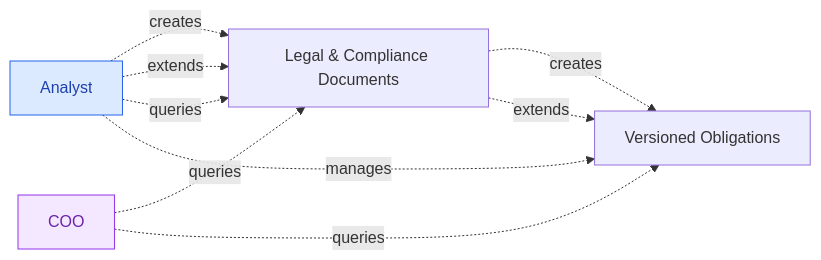
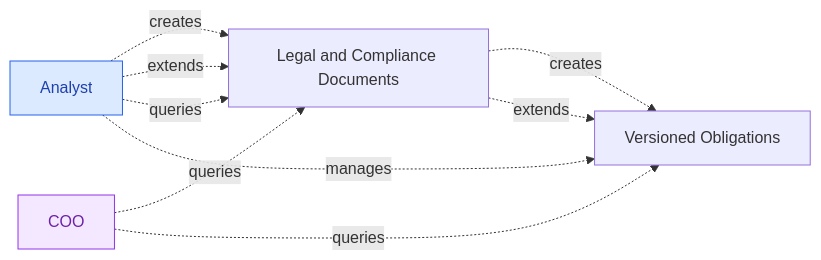
Before and after one commit to kimnewzealand/kimnewzealand.github.io: the second of 5 diagrams in astro-posts/src/content/blog/compliance-project/index.mdx, drawn with Mermaid. The commit also changed other lines of this file and 2 other files, not shown here.

Commit message:
fix: Update flowchart syntax in compliance project blog post for consistency

````diff
--- a/astro-posts/src/content/blog/compliance-project/index.mdx
+++ b/astro-posts/src/content/blog/compliance-project/index.mdx
@@ -39,20 +39,20 @@
 ```mermaid
-flowchart LR
+graph LR
     LO[Analyst]
     SH[COO]
 
-    LD[Legal & Compliance Documents]
+    LD[Legal and Compliance Documents]
     VO[Versioned Obligations]
 
     LO -.->|creates| LD
     LO -.->|extends| LD
     SH -.->|queries| LD
     LD -.->|creates| VO
     LD -.->|extends| VO
     SH -.->|queries| VO
     LO -.->|queries| LD
     LO -.->|manages| VO
 
     style LO fill:#dbeafe,stroke:#2563eb,color:#1e40af
     style SH fill:#f3e8ff,stroke:#9333ea,color:#6b21a8
 ```
````
